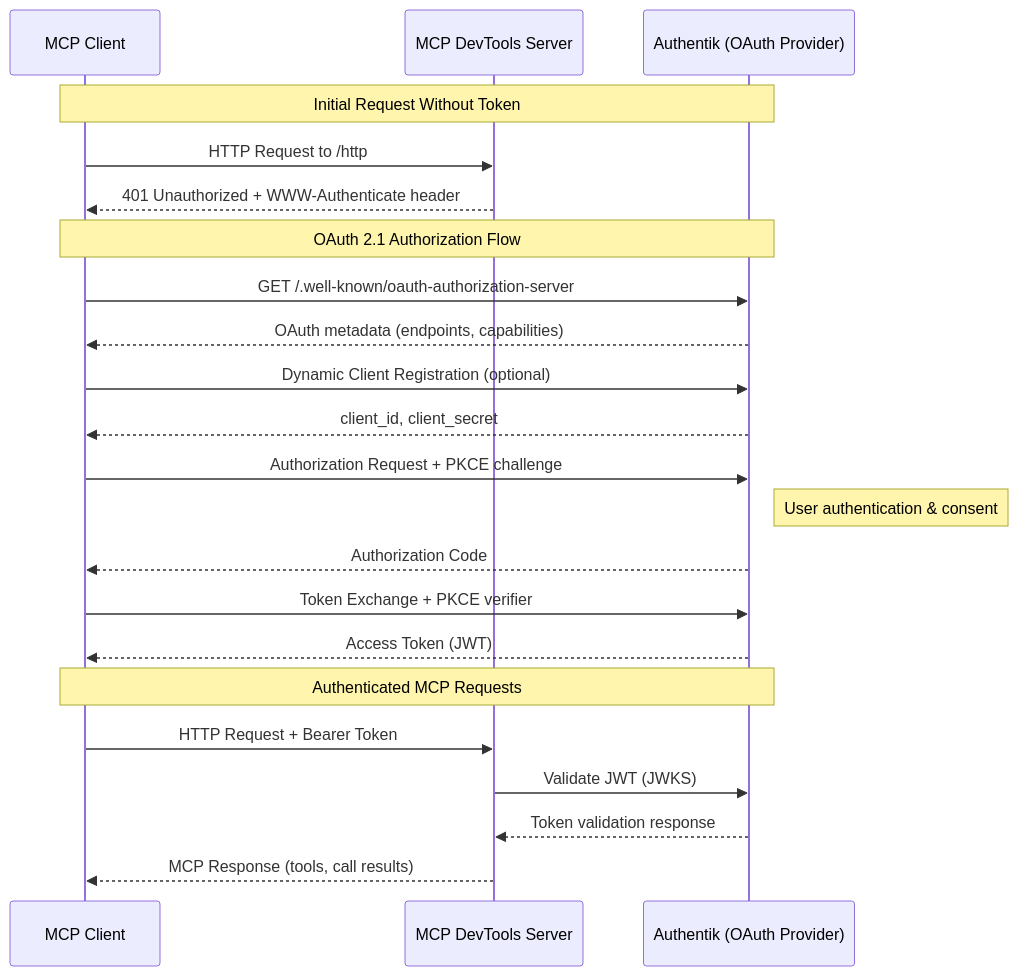
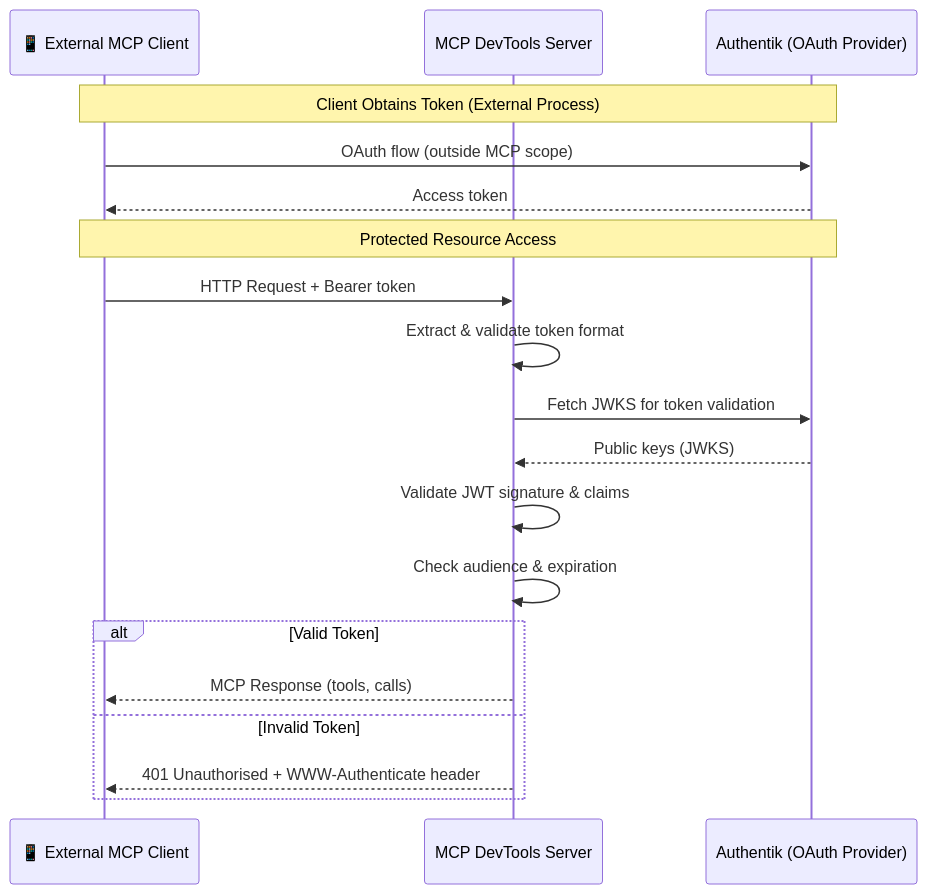
Before and after one commit to sammcj/mcp-devtools: the third of 3 diagrams in docs/oauth-authentik-setup.md, drawn with Mermaid. The commit also changed other lines of this file, not shown here.

````diff
--- a/docs/oauth-authentik-setup.md
+++ b/docs/oauth-authentik-setup.md
@@ -25,30 +134,24 @@
 ```mermaid
 sequenceDiagram
-    participant Client as MCP Client
-    participant Server as MCP DevTools Server
+    participant Client as 📱 External MCP Client
+    participant MCPServer as MCP DevTools Server
     participant Authentik as Authentik (OAuth Provider)
 
-    Note over Client, Authentik: Initial Request Without Token
-    Client->>Server: HTTP Request to /http
-    Server-->>Client: 401 Unauthorized + WWW-Authenticate header
+    Note over Client, Authentik: Client Obtains Token (External Process)
+    Client->>Authentik: OAuth flow (outside MCP scope)
+    Authentik-->>Client: Access token
 
-    Note over Client, Authentik: OAuth 2.1 Authorization Flow
-    Client->>Authentik: GET /.well-known/oauth-authorization-server
-    Authentik-->>Client: OAuth metadata (endpoints, capabilities)
+    Note over Client, Authentik: Protected Resource Access
+    Client->>MCPServer: HTTP Request + Bearer token
+    MCPServer->>MCPServer: Extract & validate token format
+    MCPServer->>Authentik: Fetch JWKS for token validation
+    Authentik-->>MCPServer: Public keys (JWKS)
+    MCPServer->>MCPServer: Validate JWT signature & claims
+    MCPServer->>MCPServer: Check audience & expiration
 
-    Client->>Authentik: Dynamic Client Registration (optional)
-    Authentik-->>Client: client_id, client_secret
-
-    Client->>Authentik: Authorization Request + PKCE challenge
-    Note right of Authentik: User authentication & consent
-    Authentik-->>Client: Authorization Code
-
-    Client->>Authentik: Token Exchange + PKCE verifier
-    Authentik-->>Client: Access Token (JWT)
-
-    Note over Client, Authentik: Authenticated MCP Requests
-    Client->>Server: HTTP Request + Bearer Token
-    Server->>Authentik: Validate JWT (JWKS)
-    Authentik-->>Server: Token validation response
-    Server-->>Client: MCP Response (tools, call results)
+    alt Valid Token
+        MCPServer-->>Client: MCP Response (tools, calls)
+    else Invalid Token
+        MCPServer-->>Client: 401 Unauthorised + WWW-Authenticate header
+    end
 ```
````
